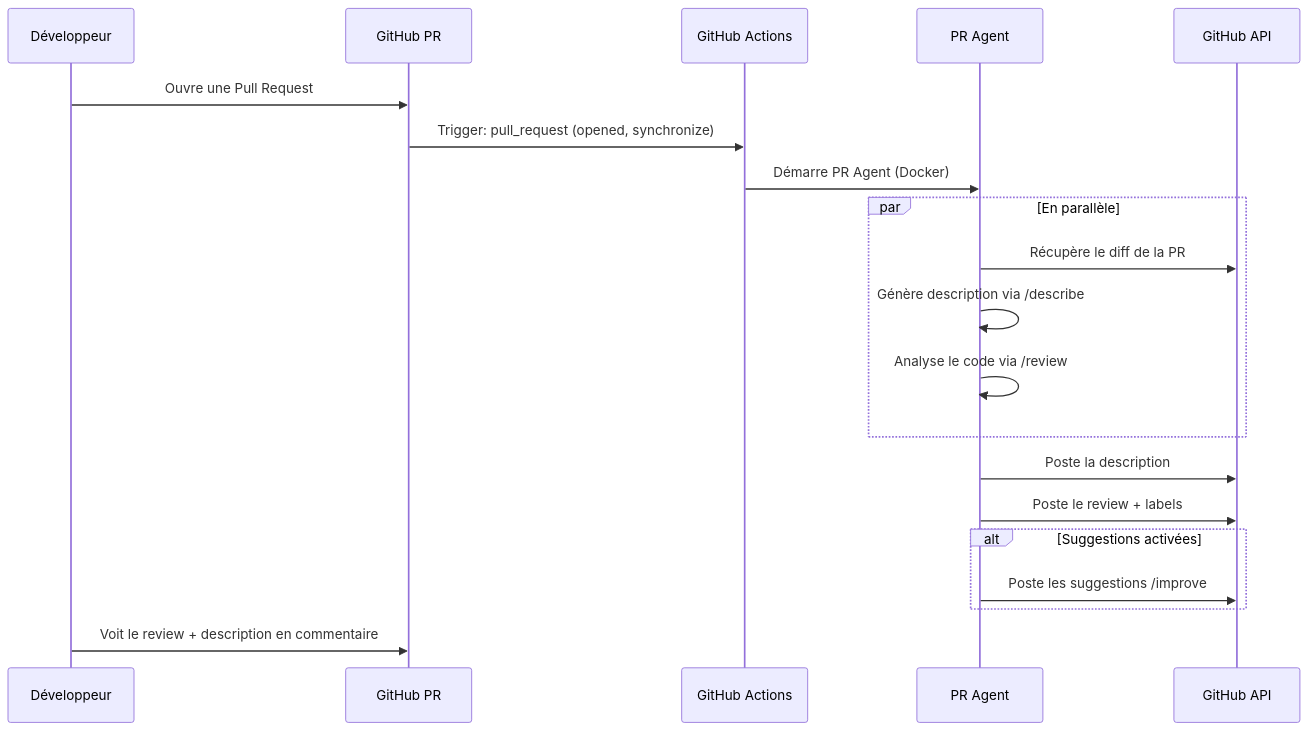
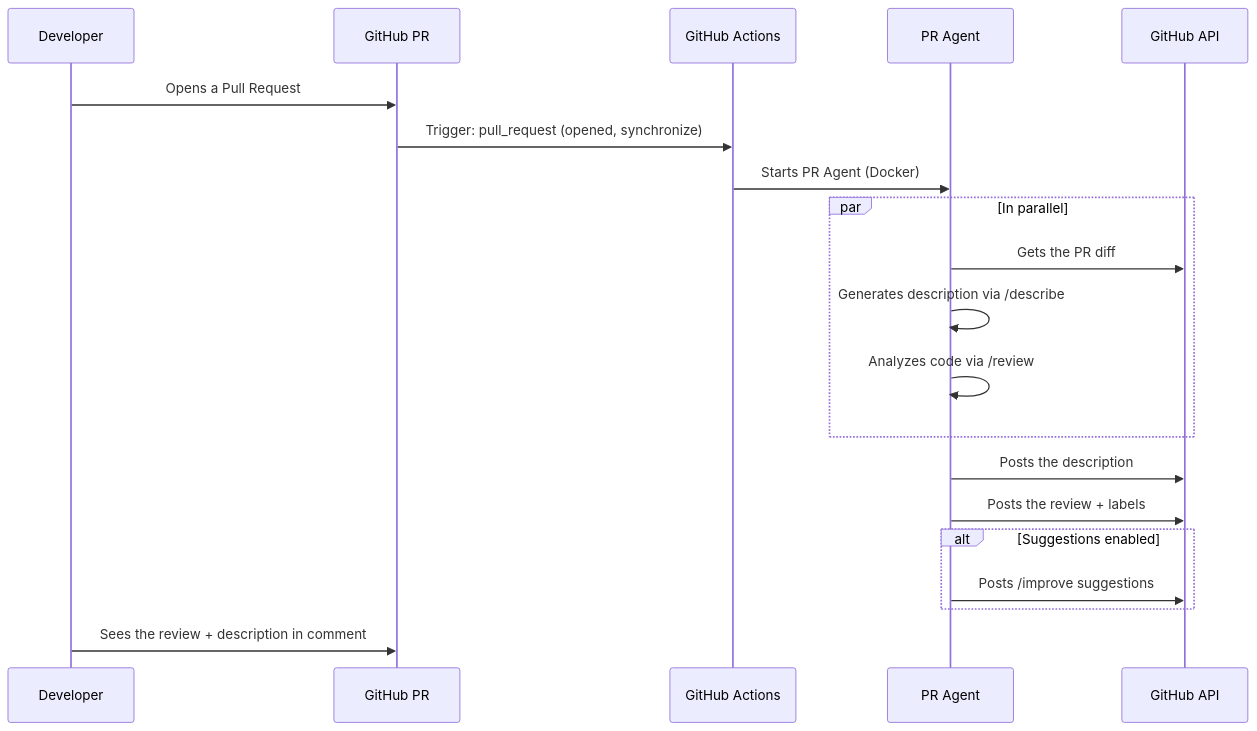
Before and after one commit to EtienneLescot/yagr: the diagram in architecture/current/pr-agent-architecture.md, drawn with Mermaid. The commit also changed other lines of this file and 13 other files, not shown here.

First line of the commit message:
docs: translate architectural documentation to English

````diff
--- a/architecture/current/pr-agent-architecture.md
+++ b/architecture/current/pr-agent-architecture.md
@@ -68,27 +68,27 @@
 ```mermaid
 sequenceDiagram
-    participant Dev as Développeur
+    participant Dev as Developer
     participant GH as GitHub PR
     participant GHA as GitHub Actions
     participant PRA as PR Agent
     participant API as GitHub API
 
-    Dev->>GH: Ouvre une Pull Request
+    Dev->>GH: Opens a Pull Request
     GH->>GHA: Trigger: pull_request (opened, synchronize)
-    GHA->>PRA: Démarre PR Agent (Docker)
-    
-    par En parallèle
-        PRA->>API: Récupère le diff de la PR
-        PRA->>PRA: Génère description via /describe
-        PRA->>PRA: Analyse le code via /review
+    GHA->>PRA: Starts PR Agent (Docker)
+
+    par In parallel
+        PRA->>API: Gets the PR diff
+        PRA->>PRA: Generates description via /describe
+        PRA->>PRA: Analyzes code via /review
     end
-    
-    PRA->>API: Poste la description
-    PRA->>API: Poste le review + labels
-    
-    alt Suggestions activées
-        PRA->>API: Poste les suggestions /improve
+
+    PRA->>API: Posts the description
+    PRA->>API: Posts the review + labels
+
+    alt Suggestions enabled
+        PRA->>API: Posts /improve suggestions
     end
-    
-    Dev->>GH: Voit le review + description en commentaire
+
+    Dev->>GH: Sees the review + description in comment
 ```
````
